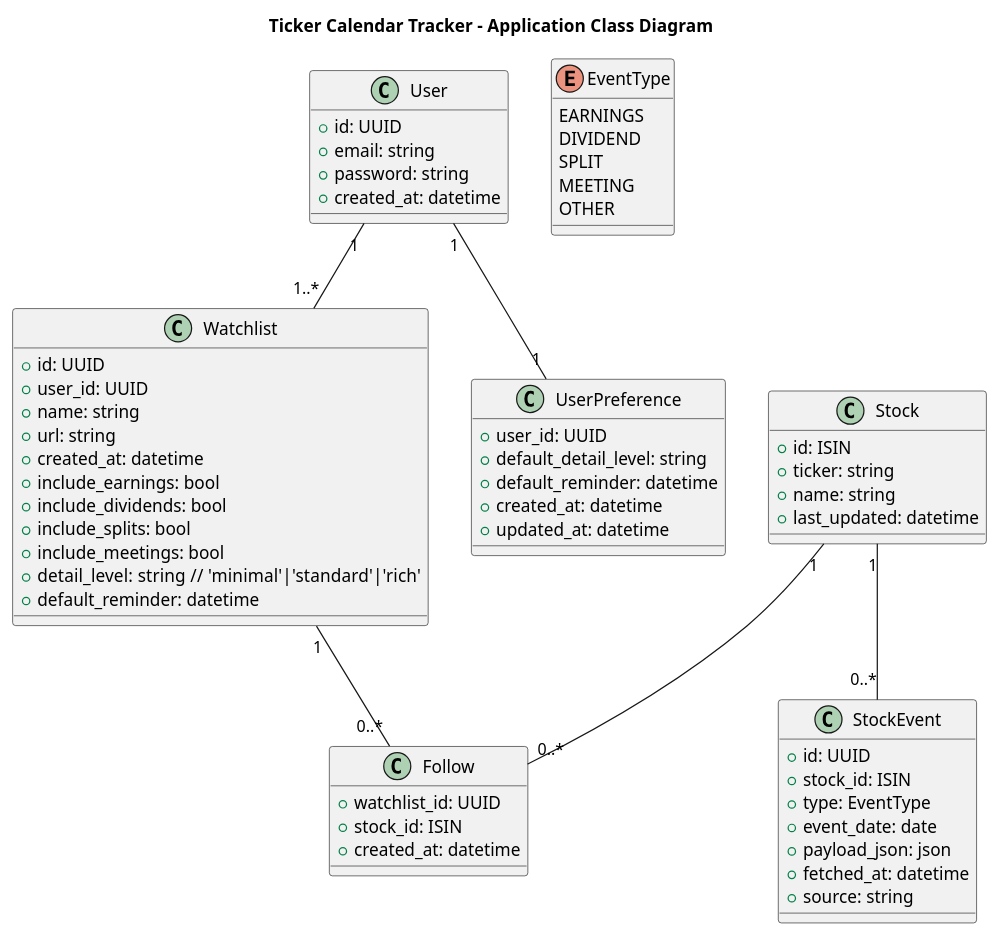
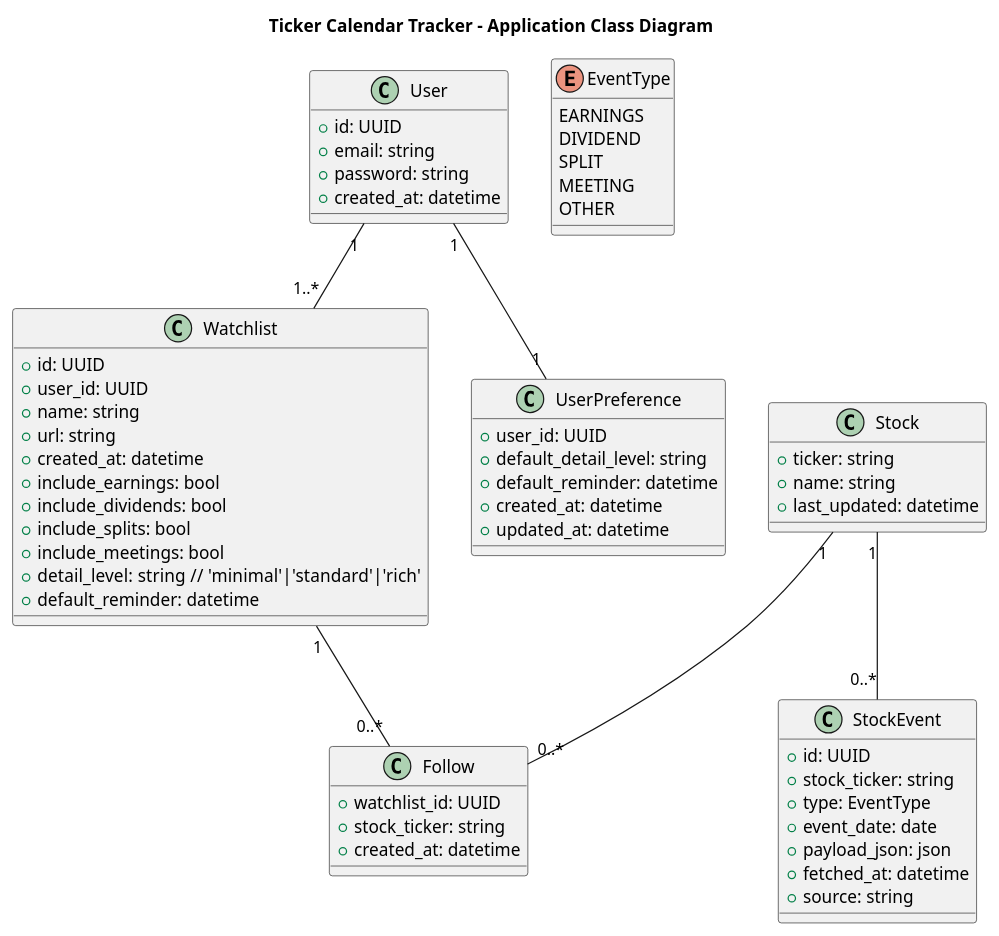
Before and after one commit to PhilippXXY/ticker-cal-tracker: the diagram in docs/uml/class_diagram_application.puml, drawn with PlantUML. The commit also changed 4 other files, not shown here.

```diff
--- a/docs/uml/class_diagram_application.puml
+++ b/docs/uml/class_diagram_application.puml
@@ -1,69 +1,68 @@
 @startuml class_diagram_application
 title Ticker Calendar Tracker - Application Class Diagram
 
 class User {
   +id: UUID
   +email: string
   +password: string
   +created_at: datetime
 }
 
 class Stock {
-  +id: ISIN
   +ticker: string
   +name: string
   +last_updated: datetime
 }
 
 class Follow {
   +watchlist_id: UUID
-  +stock_id: ISIN
+  +stock_ticker: string
   +created_at: datetime
 }
 
 enum EventType {
   EARNINGS
   DIVIDEND
   SPLIT
   MEETING
   OTHER
 }
 
 class StockEvent {
   +id: UUID
-  +stock_id: ISIN
+  +stock_ticker: string
   +type: EventType
   +event_date: date
   +payload_json: json
   +fetched_at: datetime
   +source: string
 }
 
 class Watchlist {
   +id: UUID
   +user_id: UUID
   +name: string
   +url: string
   +created_at: datetime
   +include_earnings: bool
   +include_dividends: bool
   +include_splits: bool
   +include_meetings: bool
   +detail_level: string  // 'minimal'|'standard'|'rich'
   +default_reminder: datetime
 }
 
 class UserPreference {
   +user_id: UUID
   +default_detail_level: string
   +default_reminder: datetime
   +created_at: datetime
   +updated_at: datetime
 }
 
 Watchlist "1" -- "0..*" Follow
 Stock "1" -- "0..*" Follow
 Stock "1" -- "0..*" StockEvent
 User "1" -- "1..*" Watchlist
 User "1" -- "1" UserPreference
 @enduml
```
